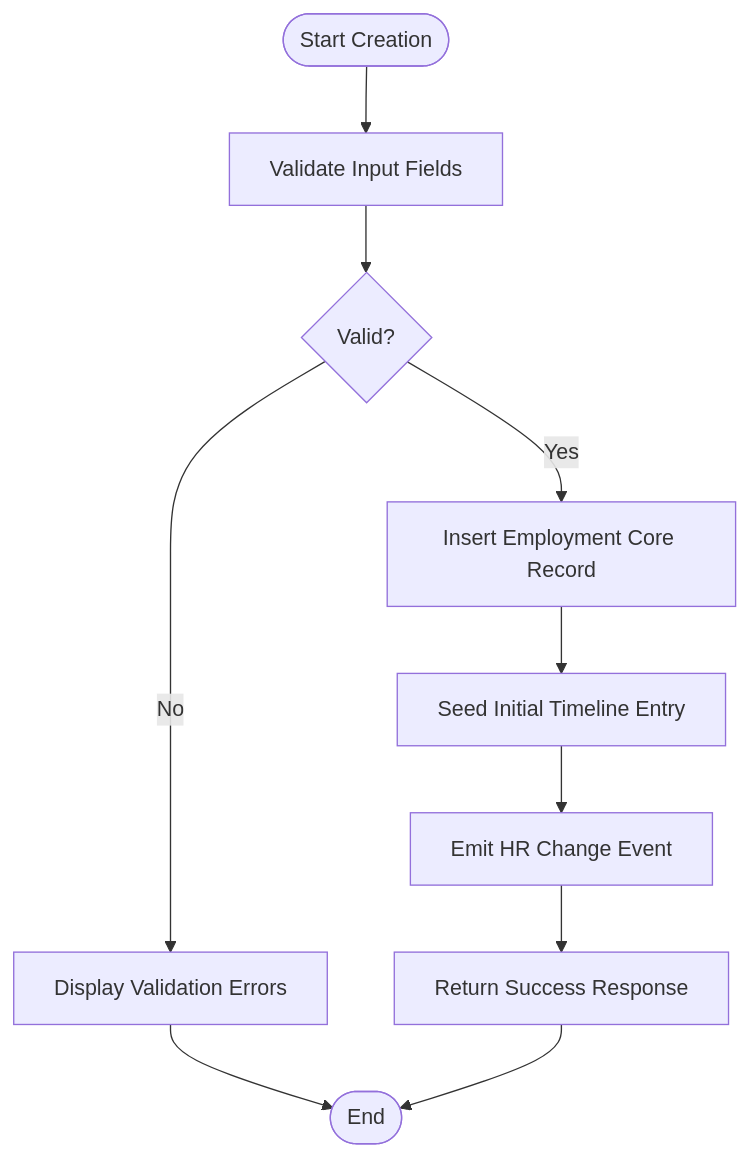
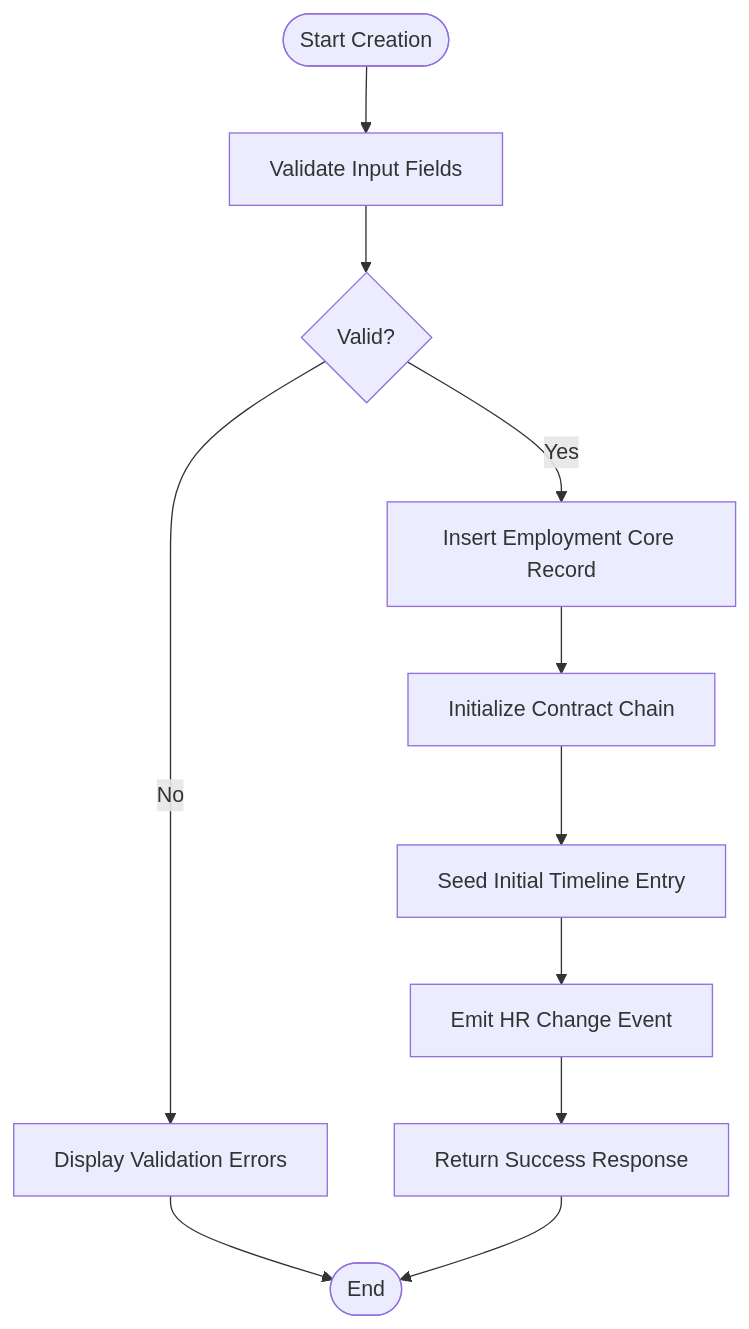
The third of 9 diagrams in .qoder/repowiki/en/content/Architecture Overview/Backend Architecture/Business Logic Layer/Core HR Business Logic/Employment Lifecycle Services.md (EdwinCycling/LiquidHR), drawn with Mermaid before and after one commit. The commit also changed other lines of this file and 73 other files, not shown here.

````diff
--- a/.qoder/repowiki/en/content/Architecture Overview/Backend Architecture/Business Logic Layer/Core HR Business Logic/Employment Lifecycle Services.md
+++ b/.qoder/repowiki/en/content/Architecture Overview/Backend Architecture/Business Logic Layer/Core HR Business Logic/Employment Lifecycle Services.md
@@ -186,12 +191,13 @@
 ```mermaid
 flowchart TD
 Start(["Start Creation"]) --> Validate["Validate Input Fields"]
 Validate --> Valid{"Valid?"}
 Valid --> |No| ShowErrors["Display Validation Errors"]
 Valid --> |Yes| InsertCore["Insert Employment Core Record"]
-InsertCore --> SeedTimeline["Seed Initial Timeline Entry"]
+InsertCore --> InitContractChain["Initialize Contract Chain"]
+InitContractChain --> SeedTimeline["Seed Initial Timeline Entry"]
 SeedTimeline --> EmitEvent["Emit HR Change Event"]
 EmitEvent --> Success["Return Success Response"]
 ShowErrors --> End(["End"])
 Success --> End
 ```
````
